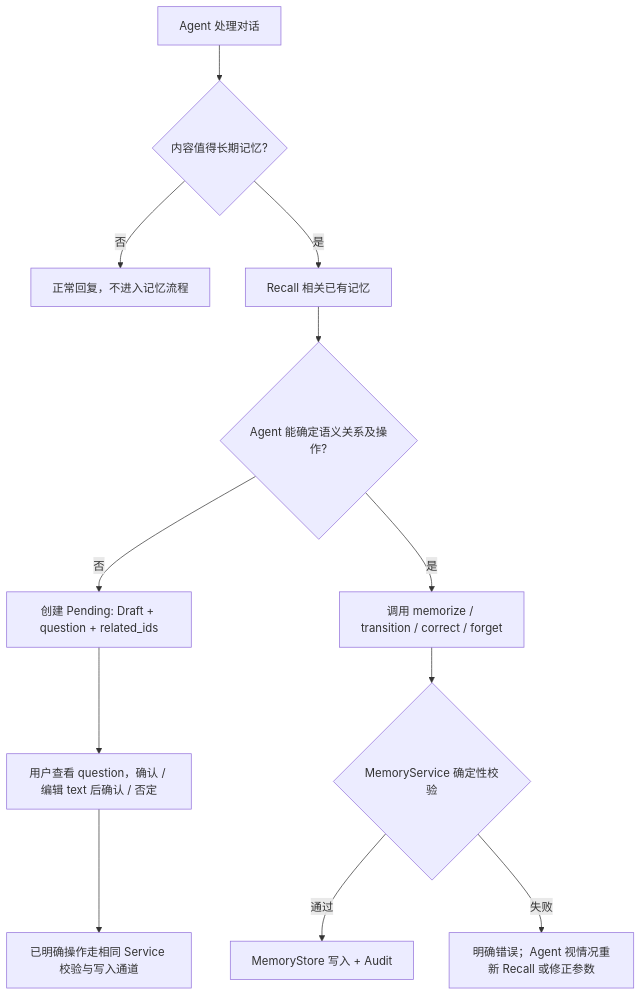
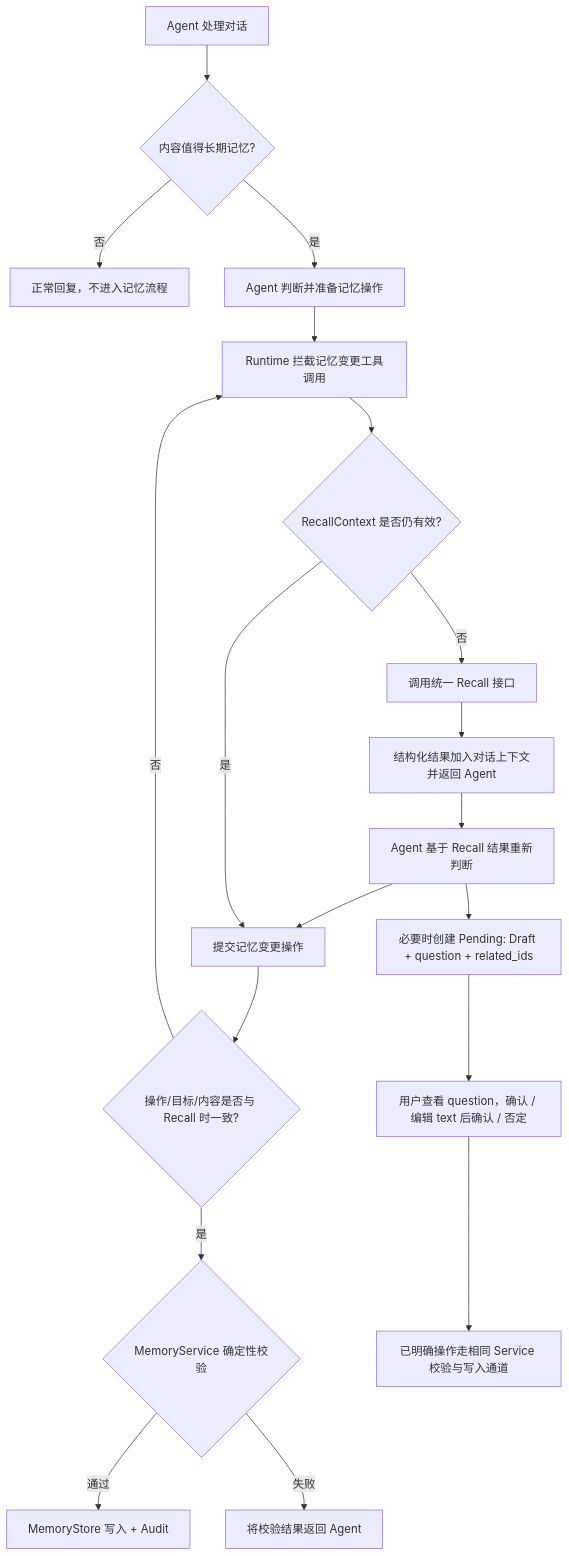
Before and after one commit to Shardkiht/syvrio: the first of 2 diagrams in docs/memory-design-2026-11-18.md, drawn with Mermaid. The commit also changed other lines of this file, not shown here.

Commit message:
docs: finalize Recall design decisions

````diff
--- a/docs/memory-design-2026-11-18.md
+++ b/docs/memory-design-2026-11-18.md
@@ -245,14 +246,21 @@
 ```mermaid
 flowchart TD
     A[Agent 处理对话] --> B{内容值得长期记忆?}
     B -- 否 --> Z[正常回复，不进入记忆流程]
-    B -- 是 --> C[Recall 相关已有记忆]
-    C --> D{Agent 能确定语义关系及操作?}
-    D -- 否 --> P[创建 Pending: Draft + question + related_ids]
-    D -- 是 --> E[调用 memorize / transition / correct / forget]
-    E --> F{MemoryService 确定性校验}
-    F -- 通过 --> G[MemoryStore 写入 + Audit]
-    F -- 失败 --> H[明确错误；Agent 视情况重新 Recall 或修正参数]
+    B -- 是 --> C[Agent 判断并准备记忆操作]
+    C --> D[Runtime 拦截记忆变更工具调用]
+    D --> E{RecallContext 是否仍有效?}
+    E -- 否 --> F[调用统一 Recall 接口]
+    F --> G[结构化结果加入对话上下文并返回 Agent]
+    G --> H[Agent 基于 Recall 结果重新判断]
+    H --> I[提交记忆变更操作]
+    E -- 是 --> I
+    I --> J{操作/目标/内容是否与 Recall 时一致?}
+    J -- 否 --> D
+    J -- 是 --> K{MemoryService 确定性校验}
+    K -- 通过 --> L[MemoryStore 写入 + Audit]
+    K -- 失败 --> M[将校验结果返回 Agent]
+    H --> P[必要时创建 Pending: Draft + question + related_ids]
     P --> U[用户查看 question，确认 / 编辑 text 后确认 / 否定]
     U --> V[已明确操作走相同 Service 校验与写入通道]
 ```
````
